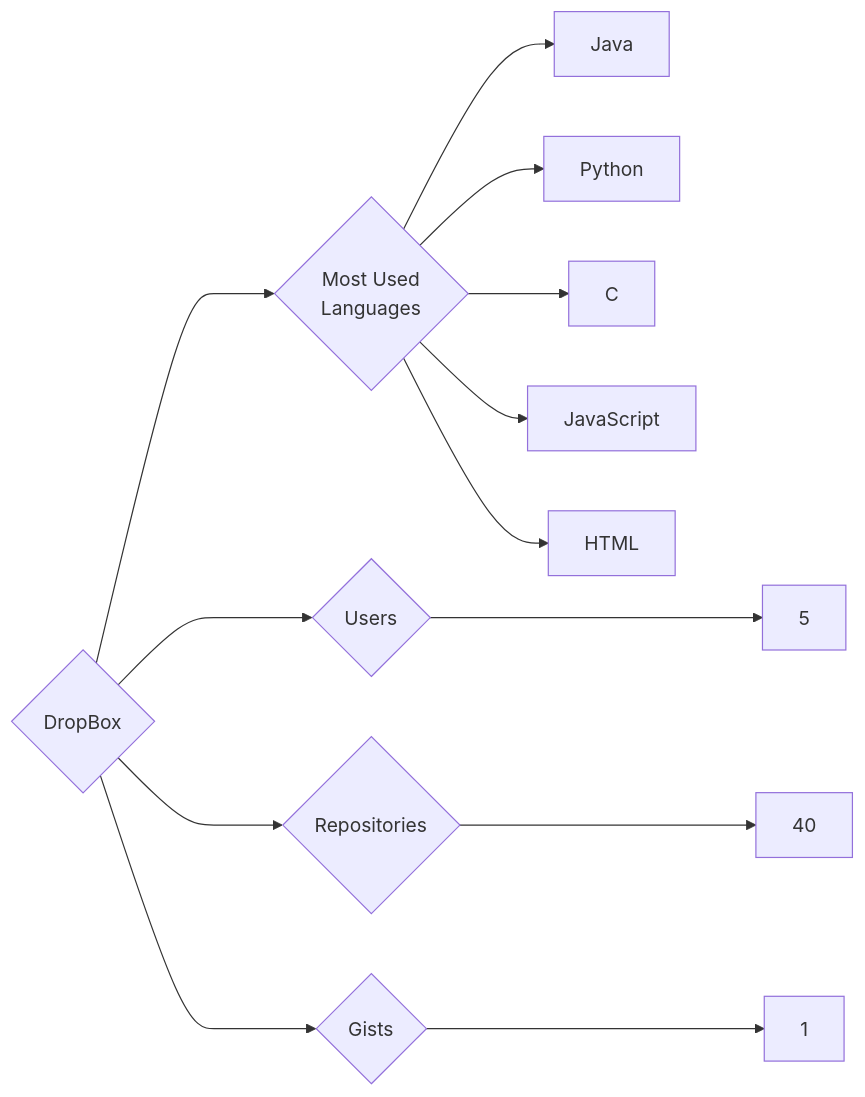
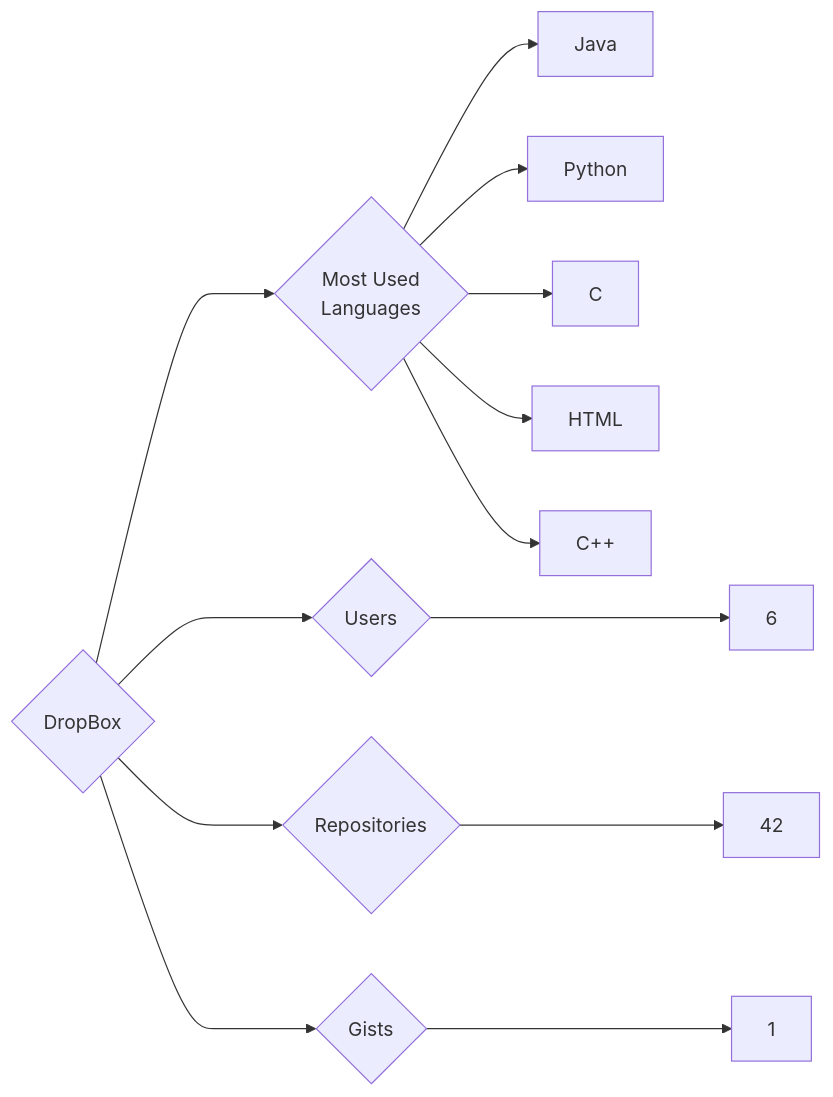
One commit to trickest/insiders changed the diagram in targets/DropBox/README.md. Above: the diagram before and after it, drawn with Mermaid. The commit also changed 840 other files, not shown here.

````diff
--- a/targets/DropBox/README.md
+++ b/targets/DropBox/README.md
@@ -3,13 +3,13 @@
 ```mermaid
 graph LR
 COMPANY_NAME{DropBox}
-COMPANY_NAME ---> U{Users} ---> UN[5]
-COMPANY_NAME ---> R{Repositories} ---> RN[40]
+COMPANY_NAME ---> U{Users} ---> UN[6]
+COMPANY_NAME ---> R{Repositories} ---> RN[42]
 COMPANY_NAME ---> G{Gists} ---> GN[1]
 COMPANY_NAME ---> ML{Most Used<br>Languages}
 ML --> Java[Java]
 ML --> Python[Python]
 ML --> C[C]
-ML --> JavaScript[JavaScript]
 ML --> HTML[HTML]
+ML --> C++[C++]
 ```
````
